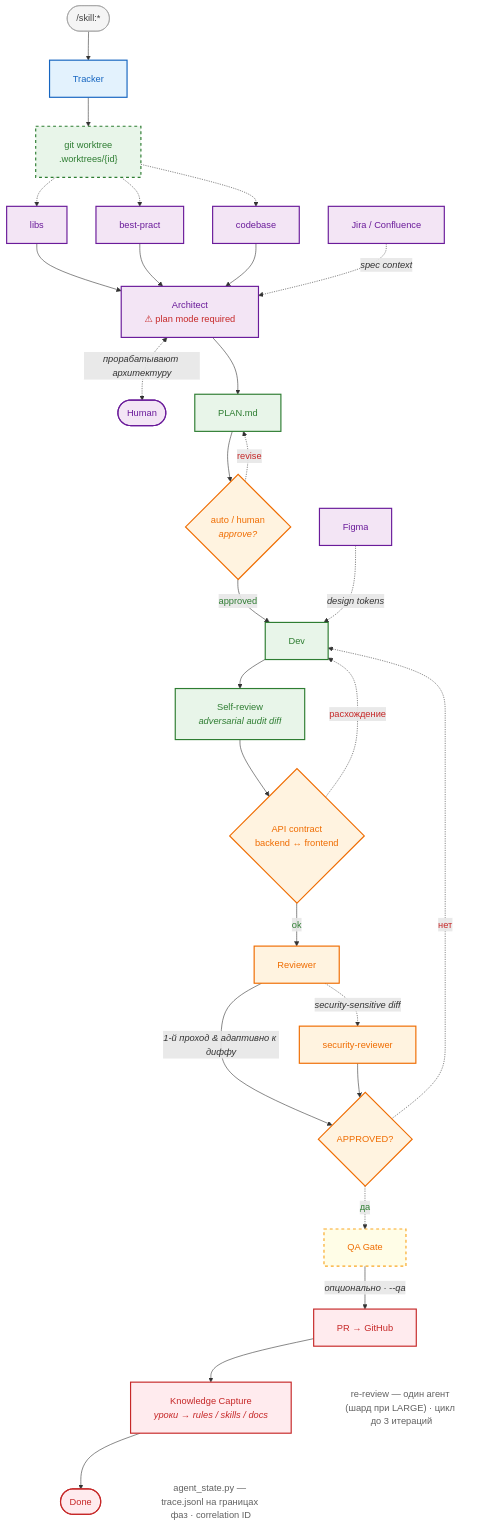
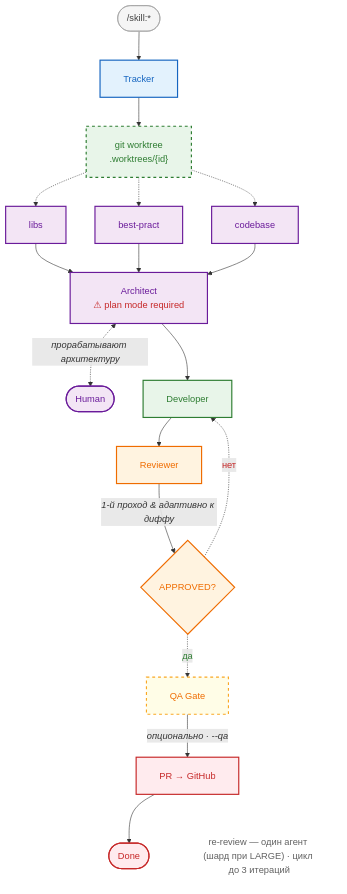
Before and after one commit to EvgeniyElmanov/promelectron: the diagram in README.md, drawn with Mermaid. The commit also changed other lines of this file and 59 other files, not shown here.

````diff
--- a/README.md
+++ b/README.md
@@ -137,35 +137,19 @@
 
     Architect["Architect<br/><font color='#c62828'>⚠ plan mode required</font>"] <-.->|<i>прорабатывают архитектуру</i>| Human([Human])
 
-    Architect --> Plan["PLAN.md"]
-    Plan --> Approve{"auto / human<br/><i>approve?</i>"}
-    Approve -.->|<font color='#c62828'>revise</font>| Plan
-    Approve -->|<font color='#2e7d32'>approved</font>| Dev
+    Architect --> Dev["Developer"]
 
-    JiraCon["Jira / Confluence"] -.->|<i>spec context</i>| Architect
-    Figma["Figma"] -.->|<i>design tokens</i>| Dev
-
-    Dev --> SelfRev["Self-review<br/><i>adversarial audit diff</i>"]
-
-    SelfRev --> Contract{"API contract<br/>backend ↔ frontend"}
-    Contract -.->|<font color='#c62828'>расхождение</font>| Dev
-    Contract -->|<font color='#2e7d32'>ok</font>| Reviewer
-
-    Reviewer["Reviewer"] -->|<i>1-й проход & адаптивно к диффу</i>| Approved{APPROVED?}
-    Reviewer -.->|<i>security-sensitive diff</i>| SecRev["security-reviewer"]
-    SecRev --> Approved
+    Dev --> Reviewer["Reviewer"]
+    Reviewer -->|<i>1-й проход & адаптивно к диффу</i>| Approved{APPROVED?}
     Approved -.->|<font color='#c62828'>нет</font>| Dev
     Approved -.->|<font color='#2e7d32'>да</font>| QA_Gate
 
     QA_Gate["QA Gate"] -->|<i>опционально · --qa</i>| MR
 
-    MR["PR → GitHub"] --> KC["Knowledge Capture<br/><i>уроки → rules / skills / docs</i>"]
-    KC --> Done([Done])
+    MR["PR → GitHub"] --> Done([Done])
 
     noteBottom["re-review — один агент (шард при LARGE) · цикл до 3 итераций"]
     MR ~~~ noteBottom
-    noteTrace["agent_state.py — trace.jsonl на границах фаз · correlation ID"]
-    KC ~~~ noteTrace
 
     classDef entry fill:#f5f5f5,stroke:#9e9e9e,stroke-width:1px,color:#424242
     classDef tracker fill:#e3f2fd,stroke:#1565c0,stroke-width:2px,color:#1565c0
@@ -185,19 +169,10 @@
     class Architect human
     class Human human
     class Dev dev
-    class Plan dev
-    class Approve review
-    class SelfRev dev
-    class Contract review
     class Reviewer review
-    class SecRev review
     class Approved review
     class QA_Gate qa
     class MR ship
-    class KC ship
     class Done ship
-    class JiraCon research
-    class Figma research
     class noteBottom note
-    class noteTrace note
 ```
````
